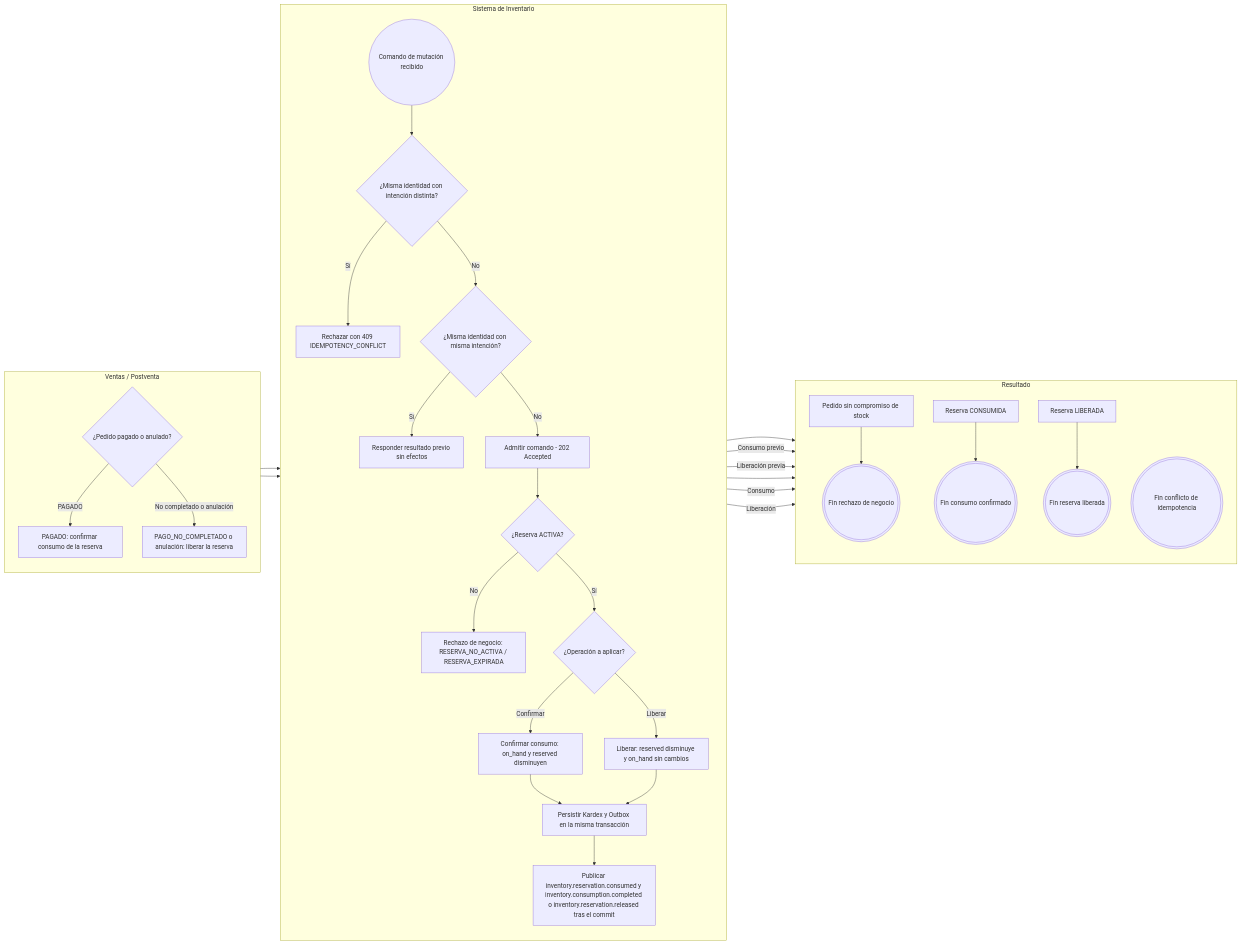
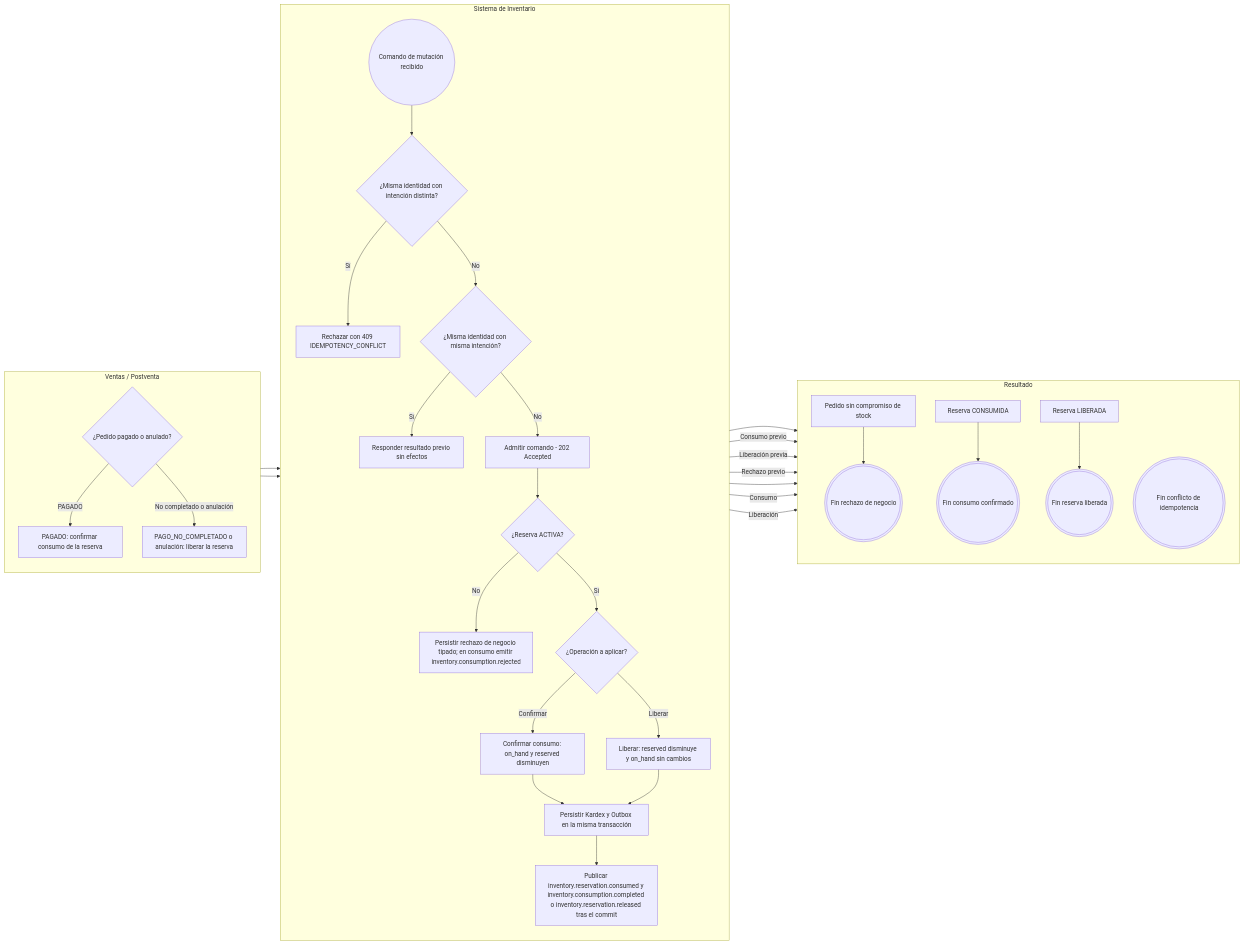
The third of 13 diagrams in requisitos/flujos/FLOW-015-control-stock-disponibilidad.md (Taller-SW-Web/G6-Productos-Ofertas-docs), drawn with Mermaid before and after one commit. The commit also changed other lines of this file and 4 other files, not shown here.

````diff
--- a/requisitos/flujos/FLOW-015-control-stock-disponibilidad.md
+++ b/requisitos/flujos/FLOW-015-control-stock-disponibilidad.md
@@ -138,64 +145,65 @@
 ```mermaid
 flowchart LR
     subgraph VENT["Ventas / Postventa"]
         direction TB
         D0{"¿Pedido pagado o anulado?"}
         A1["PAGADO: confirmar consumo de la reserva"]
         A2["PAGO_NO_COMPLETADO o anulación: liberar la reserva"]
     end
 
     subgraph INV["Sistema de Inventario"]
         direction TB
         E1(("Comando de mutación recibido"))
         D1{"¿Misma identidad con intención distinta?"}
         A3["Rechazar con 409 IDEMPOTENCY_CONFLICT"]
         D2{"¿Misma identidad con misma intención?"}
         A4["Responder resultado previo sin efectos"]
         A5["Admitir comando - 202 Accepted"]
         D3{"¿Reserva ACTIVA?"}
-        A6["Rechazo de negocio: RESERVA_NO_ACTIVA / RESERVA_EXPIRADA"]
+        A6["Persistir rechazo de negocio tipado; en consumo emitir inventory.consumption.rejected"]
         D4{"¿Operación a aplicar?"}
         A7["Confirmar consumo: on_hand y reserved disminuyen"]
         A8["Liberar: reserved disminuye y on_hand sin cambios"]
         A9["Persistir Kardex y Outbox en la misma transacción"]
         A10["Publicar inventory.reservation.consumed y inventory.consumption.completed o inventory.reservation.released tras el commit"]
     end
 
     subgraph RES["Resultado"]
         direction TB
         B1["Reserva CONSUMIDA"]
         B2["Reserva LIBERADA"]
         B3["Pedido sin compromiso de stock"]
         FIN_OK(((Fin consumo confirmado)))
         FIN_LIB(((Fin reserva liberada)))
         FIN_CONF(((Fin conflicto de idempotencia)))
         FIN_REJ(((Fin rechazo de negocio)))
     end
 
     D0 -->|"PAGADO"| A1
     D0 -->|"No completado o anulación"| A2
     A1 --> E1
     A2 --> E1
     E1 --> D1
     D1 -->|"Sí"| A3
     D1 -->|"No"| D2
     A3 --> FIN_CONF
     D2 -->|"Sí"| A4
     D2 -->|"No"| A5
     A4 -->|"Consumo previo"| B1
     A4 -->|"Liberación previa"| B2
+    A4 -->|"Rechazo previo"| B3
     A5 --> D3
     D3 -->|"No"| A6
     D3 -->|"Sí"| D4
     A6 --> B3
     B3 --> FIN_REJ
     D4 -->|"Confirmar"| A7
     D4 -->|"Liberar"| A8
     A7 --> A9
     A8 --> A9
     A9 --> A10
     A10 -->|"Consumo"| B1
     A10 -->|"Liberación"| B2
     B1 --> FIN_OK
     B2 --> FIN_LIB
 ```
````
